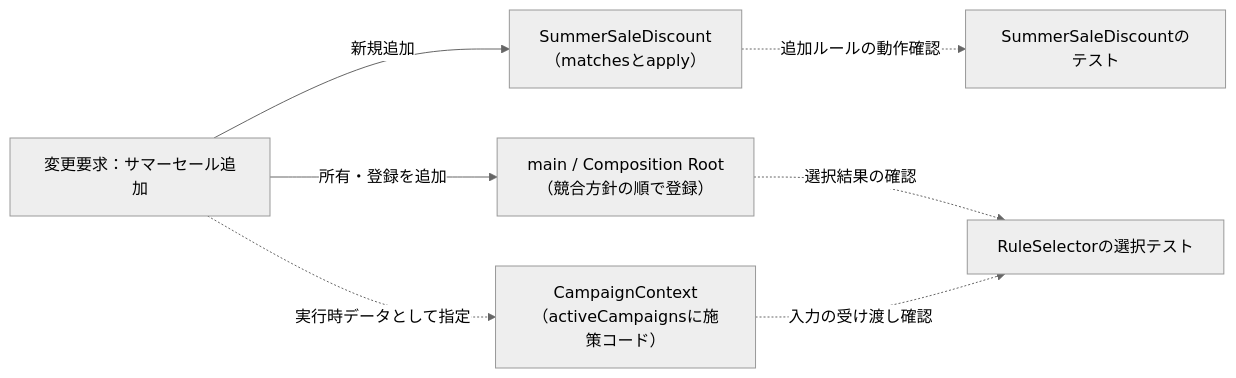
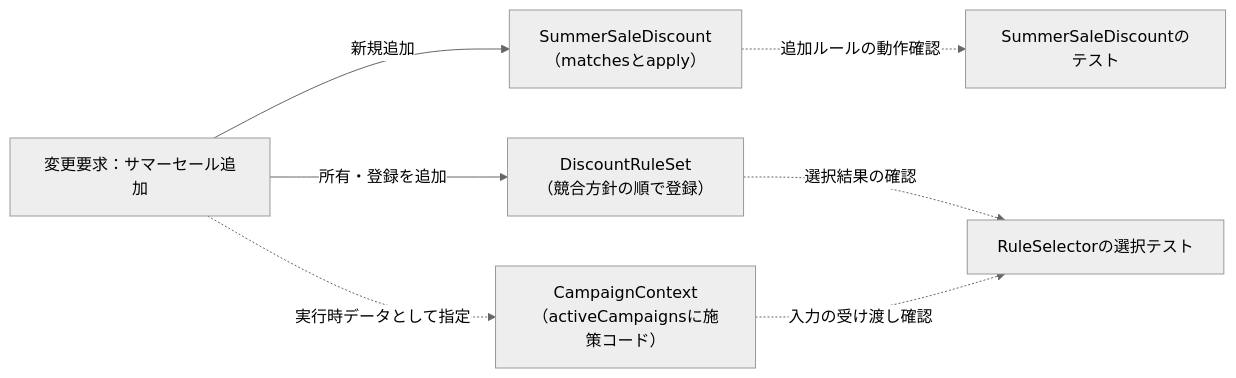
Before and after one commit to kumachan1101-pixel/DesignPattern: the ninth of 11 diagrams in kindle/design-patterns/output/chapter01.md, drawn with Mermaid (neutral theme). The commit also changed other lines of this file and 25 other files, not shown here.

````diff
--- a/kindle/design-patterns/output/chapter01.md
+++ b/kindle/design-patterns/output/chapter01.md
@@ -2593,10 +2652,10 @@
 ```mermaid
 graph LR
     T1["変更要求：サマーセール追加"]
         -->|新規追加| N1["SummerSaleDiscount<br>（matchesとapply）"]
-    T1 -->|所有・登録を追加| N2["main / Composition Root<br>（競合方針の順で登録）"]
+    T1 -->|所有・登録を追加| N2["DiscountRuleSet<br>（競合方針の順で登録）"]
     T1 -.->|実行時データとして指定| N3["CampaignContext<br>（activeCampaignsに施策コード）"]
     N1 -.->|追加ルールの動作確認| T2["SummerSaleDiscountのテスト"]
     N2 -.->|選択結果の確認| T3["RuleSelectorの選択テスト"]
     N3 -.->|入力の受け渡し確認| T3
 ```
````
